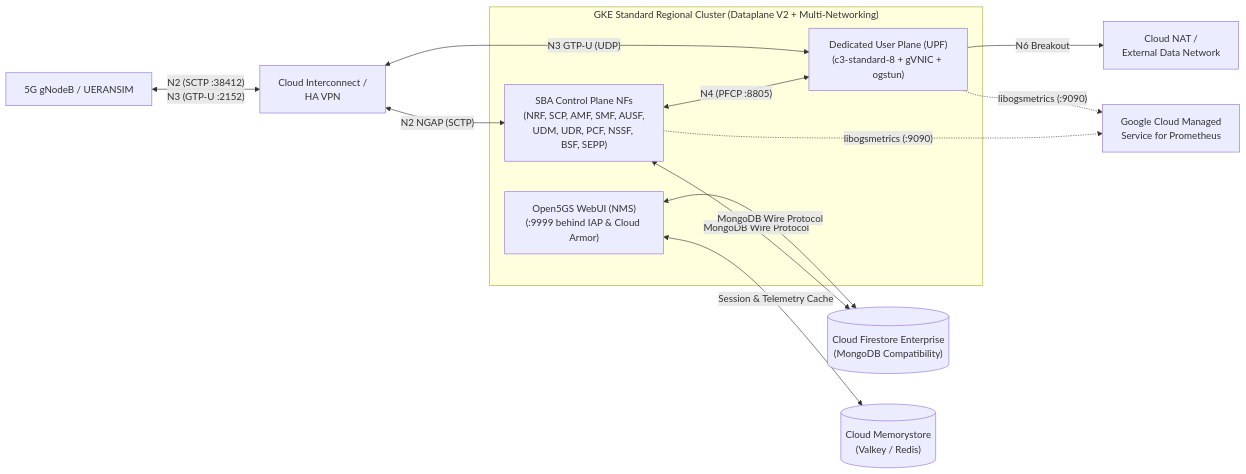
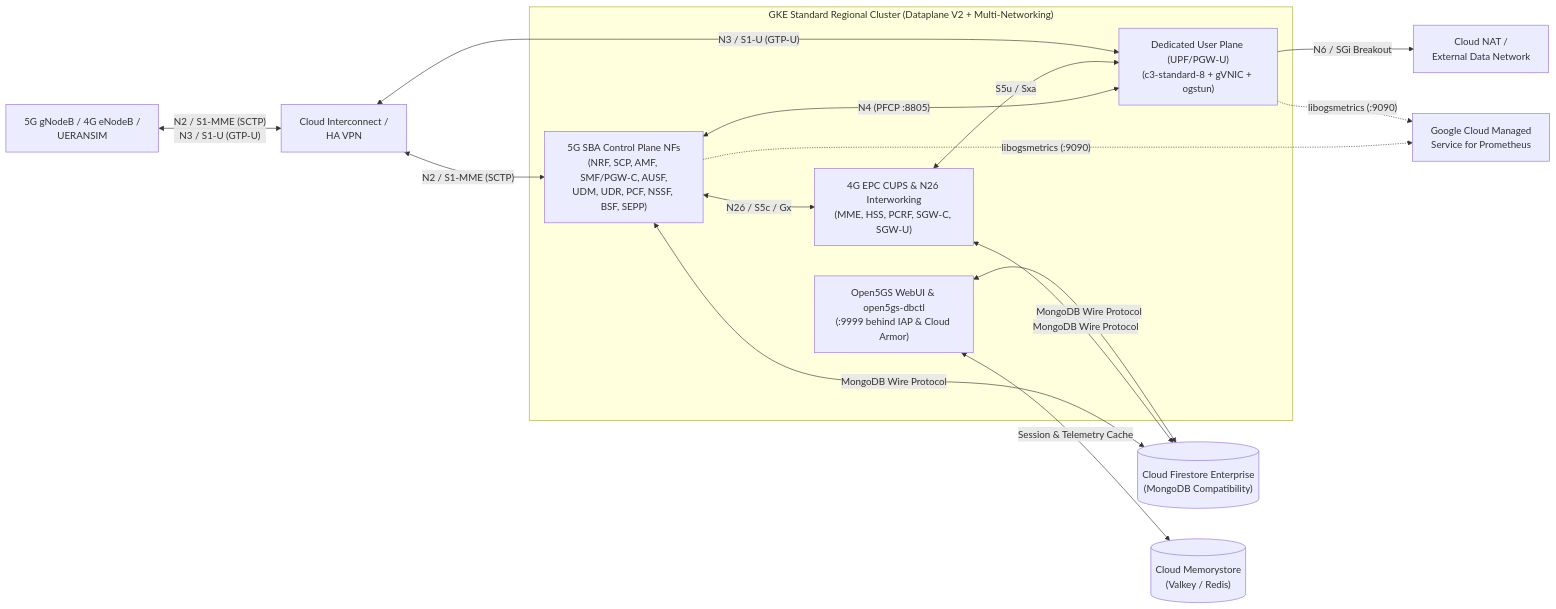
One commit to epapayu/open5gs-gcp changed the diagram in README.md. Above: the diagram before and after it, drawn with Mermaid. The commit also changed other lines of this file and 3 other files, not shown here.

Commit message:
feat(core): implement 100% Open5GS component coverage including EPC CUPS, N26, freeDiameter, and open5gs-dbctl

````diff
--- a/README.md
+++ b/README.md
@@ -9,21 +9,25 @@
 ```mermaid
 flowchart LR
-    RAN["5G gNodeB / UERANSIM"] <-->|"N2 (SCTP :38412)<br/>N3 (GTP-U :2152)"| VPN["Cloud Interconnect /<br/>HA VPN"]
+    RAN["5G gNodeB / 4G eNodeB /<br/>UERANSIM"] <-->|"N2 / S1-MME (SCTP)<br/>N3 / S1-U (GTP-U)"| VPN["Cloud Interconnect /<br/>HA VPN"]
 
     subgraph GKE_Cluster["GKE Standard Regional Cluster (Dataplane V2 + Multi-Networking)"]
-        CP["SBA Control Plane NFs<br/>(NRF, SCP, AMF, SMF, AUSF,<br/>UDM, UDR, PCF, NSSF, BSF, SEPP)"]
-        UPF["Dedicated User Plane (UPF)<br/>(c3-standard-8 + gVNIC + ogstun)"]
-        WebUI["Open5GS WebUI (NMS)<br/>(:9999 behind IAP & Cloud Armor)"]
+        CP["5G SBA Control Plane NFs<br/>(NRF, SCP, AMF, SMF/PGW-C, AUSF,<br/>UDM, UDR, PCF, NSSF, BSF, SEPP)"]
+        EPC["4G EPC CUPS & N26 Interworking<br/>(MME, HSS, PCRF, SGW-C, SGW-U)"]
+        UPF["Dedicated User Plane (UPF/PGW-U)<br/>(c3-standard-8 + gVNIC + ogstun)"]
+        WebUI["Open5GS WebUI & open5gs-dbctl<br/>(:9999 behind IAP & Cloud Armor)"]
+        CP <-->|"N26 / S5c / Gx"| EPC
         CP <-->|"N4 (PFCP :8805)"| UPF
+        EPC <-->|"S5u / Sxa"| UPF
     end
 
-    VPN <-->|"N2 NGAP (SCTP)"| CP
-    VPN <-->|"N3 GTP-U (UDP)"| UPF
+    VPN <-->|"N2 / S1-MME (SCTP)"| CP
+    VPN <-->|"N3 / S1-U (GTP-U)"| UPF
 
     CP <-->|"MongoDB Wire Protocol"| Firestore[("Cloud Firestore Enterprise<br/>(MongoDB Compatibility)")]
+    EPC <-->|"MongoDB Wire Protocol"| Firestore
     WebUI <-->|"MongoDB Wire Protocol"| Firestore
     WebUI <-->|"Session & Telemetry Cache"| Memorystore[("Cloud Memorystore<br/>(Valkey / Redis)")]
-    UPF -->|"N6 Breakout"| NAT["Cloud NAT /<br/>External Data Network"]
+    UPF -->|"N6 / SGi Breakout"| NAT["Cloud NAT /<br/>External Data Network"]
     CP -.->|"libogsmetrics (:9090)"| GMP["Google Cloud Managed<br/>Service for Prometheus"]
     UPF -.->|"libogsmetrics (:9090)"| GMP
 ```
````
